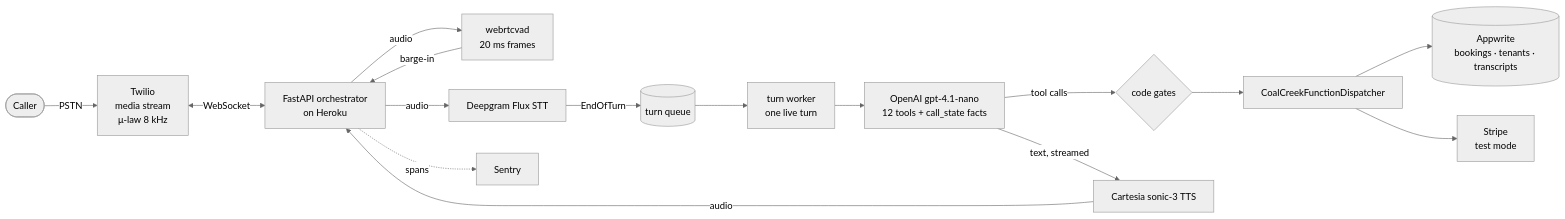
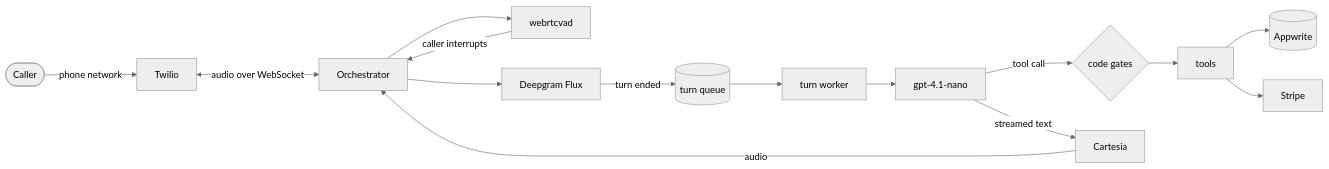
One commit to My-CMDhub/Ovela-AI changed the diagram in README.md. Above: the diagram before and after it, drawn with Mermaid (neutral theme). The commit also changed other lines of this file and 5 other files, not shown here.

````diff
--- a/README.md
+++ b/README.md
@@ -30,22 +41,19 @@
 ```mermaid
 flowchart LR
-    C([Caller]) -- PSTN --> T[Twilio<br/>media stream<br/>μ-law 8 kHz]
-    T <-- WebSocket --> O[FastAPI orchestrator<br/>on Heroku]
+    C([Caller]) -- phone network --> T[Twilio]
+    T <-- audio over WebSocket --> O[Orchestrator]
 
-    O -- audio --> V[webrtcvad<br/>20 ms frames]
-    V -- barge-in --> O
-    O -- audio --> D[Deepgram Flux STT]
-    D -- EndOfTurn --> Q[(turn queue)]
-    Q --> W[turn worker<br/>one live turn]
+    O --> V[webrtcvad]
+    V -- caller interrupts --> O
+    O --> D[Deepgram Flux]
+    D -- turn ended --> Q[(turn queue)]
+    Q --> W[turn worker]
 
-    W --> L[OpenAI gpt-4.1-nano<br/>12 tools + call_state facts]
-    L -- tool calls --> G{code gates}
-    G --> X[CoalCreekFunctionDispatcher]
-    X --> A[(Appwrite<br/>bookings · tenants · transcripts)]
-    X --> S[Stripe<br/>test mode]
-
-    L -- text, streamed --> K[Cartesia sonic-3 TTS]
+    W --> L[gpt-4.1-nano]
+    L -- tool call --> G{code gates}
+    G --> X[tools]
+    X --> A[(Appwrite)]
+    X --> S[Stripe]
+    L -- streamed text --> K[Cartesia]
     K -- audio --> O
-
-    O -. spans .-> Y[Sentry]
 ```
````
